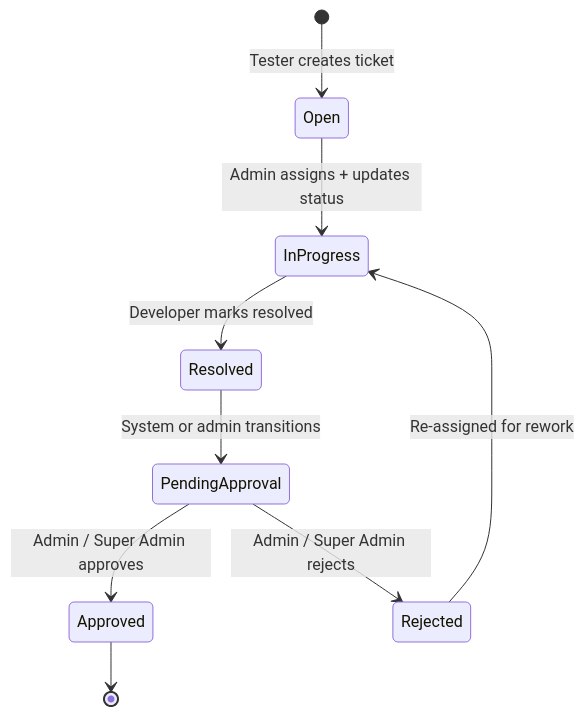
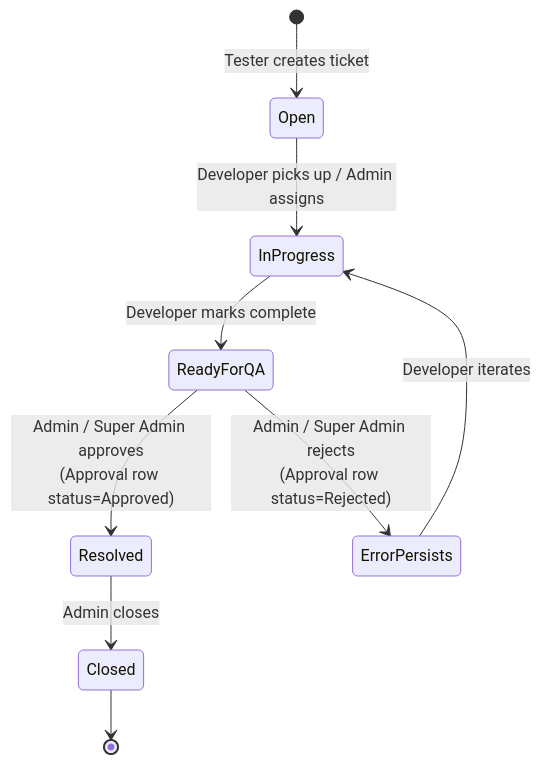
Before and after one commit to Asciente-rks/service-ticket-system: the fourth of 5 diagrams in README.md, drawn with Mermaid. The commit also changed other lines of this file, not shown here.

````diff
--- a/README.md
+++ b/README.md
@@ -153,11 +153,11 @@
 ```mermaid
 stateDiagram-v2
     [*] --> Open: Tester creates ticket
-    Open --> InProgress: Admin assigns + updates status
-    InProgress --> Resolved: Developer marks resolved
-    Resolved --> PendingApproval: System or admin transitions
-    PendingApproval --> Approved: Admin / Super Admin approves
-    PendingApproval --> Rejected: Admin / Super Admin rejects
-    Rejected --> InProgress: Re-assigned for rework
-    Approved --> [*]
+    Open --> InProgress: Developer picks up / Admin assigns
+    InProgress --> ReadyForQA: Developer marks complete
+    ReadyForQA --> Resolved: Admin / Super Admin approves<br/>(Approval row status=Approved)
+    ReadyForQA --> ErrorPersists: Admin / Super Admin rejects<br/>(Approval row status=Rejected)
+    ErrorPersists --> InProgress: Developer iterates
+    Resolved --> Closed: Admin closes
+    Closed --> [*]
 ```
````
